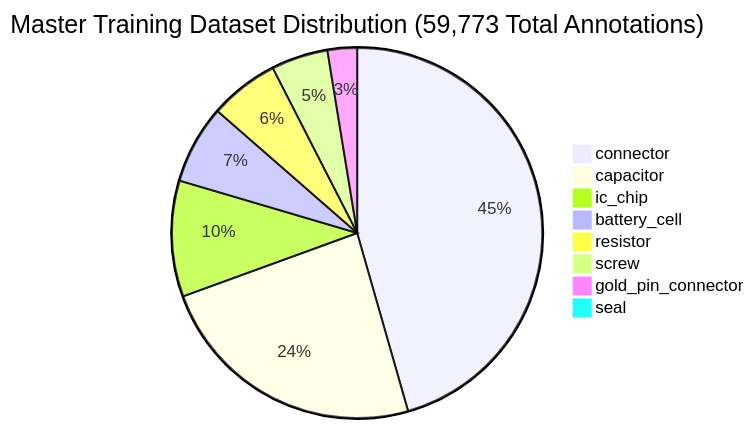
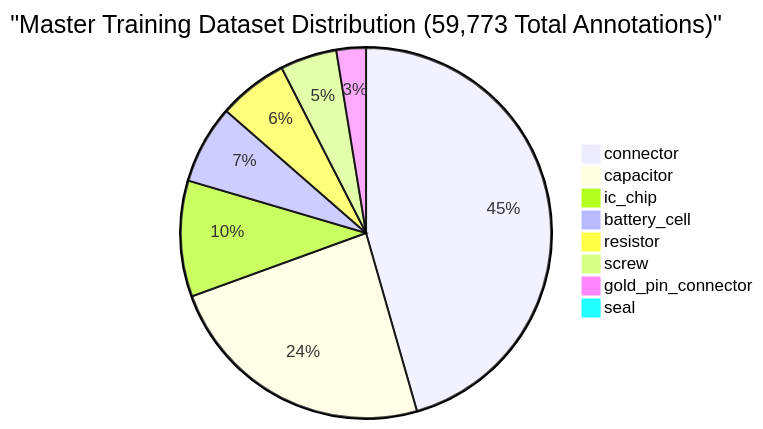
Before and after one commit to Disha-1610/VisionForge: the fourth of 4 diagrams in README.md, drawn with Mermaid. The commit also changed other lines of this file and 1 other file, not shown here.

Commit message:
docs: fix Mermaid diagram syntax and subgraph connections in README.md

````diff
--- a/README.md
+++ b/README.md
@@ -314,11 +323,11 @@
 ```mermaid
-pie title Master Training Dataset Distribution (59,773 Total Annotations)
+pie title "Master Training Dataset Distribution (59,773 Total Annotations)"
     "connector" : 27014
     "capacitor" : 14155
     "ic_chip" : 5998
     "battery_cell" : 4065
     "resistor" : 3591
     "screw" : 2932
     "gold_pin_connector" : 1528
     "seal" : 480
 ```
````
